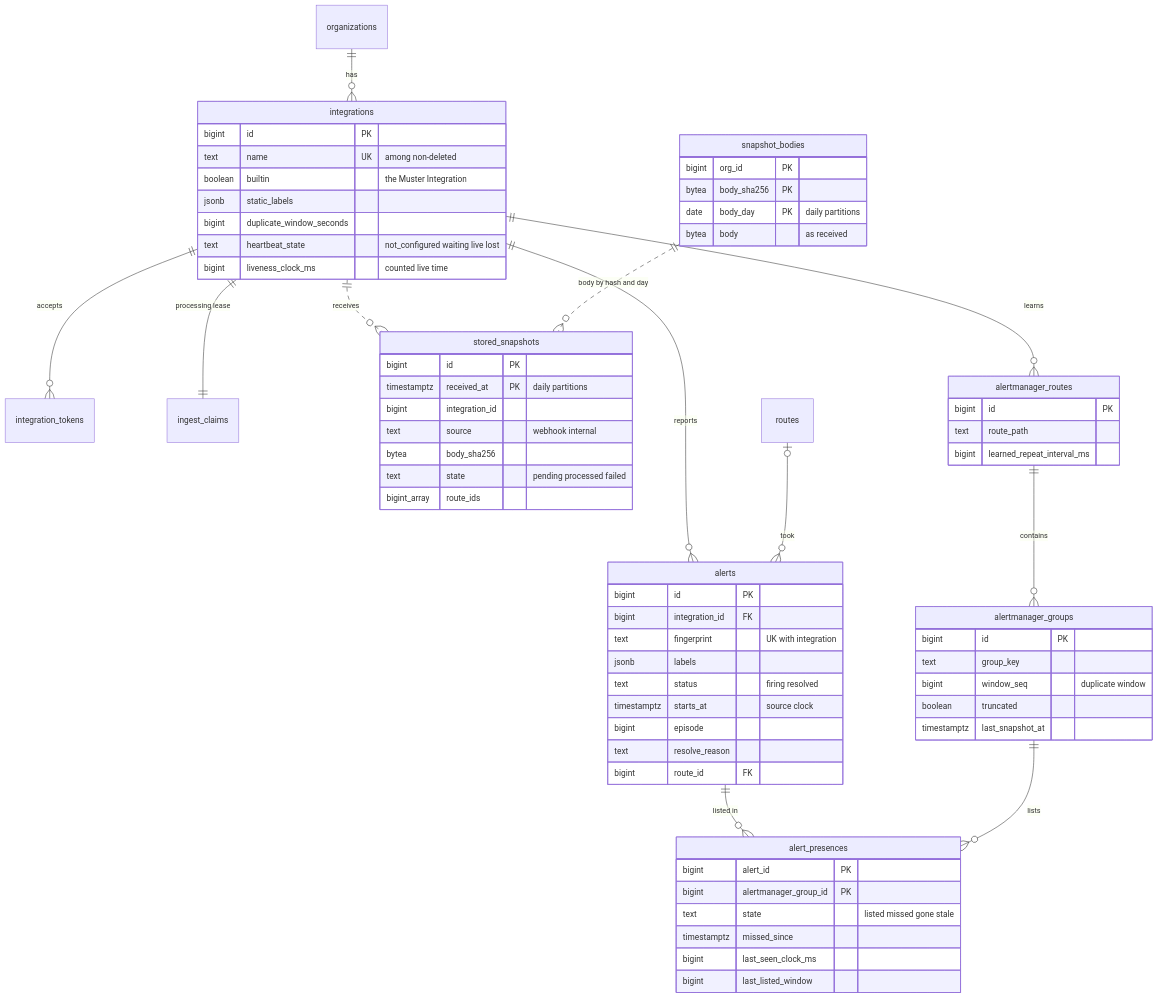
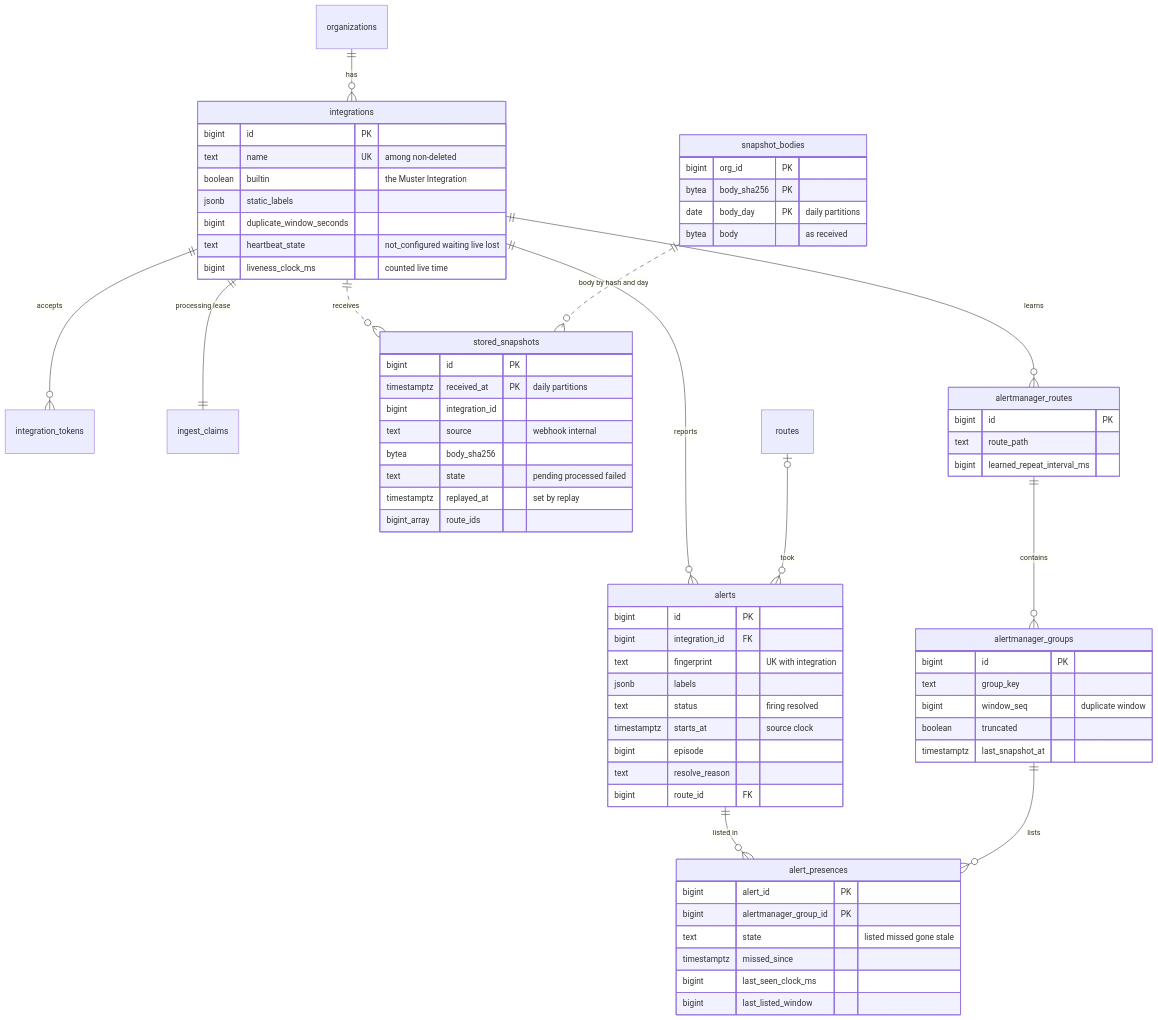
The second of 5 diagrams in design/db/schema.md (muster-io/muster), drawn with Mermaid before and after one commit. The commit also changed other lines of this file and 54 other files, not shown here.

````diff
--- a/design/db/schema.md
+++ b/design/db/schema.md
@@ -220,70 +222,71 @@
 ```mermaid
 erDiagram
     organizations ||--o{ integrations : has
     integrations ||--o{ integration_tokens : accepts
     integrations ||--|| ingest_claims : "processing lease"
     integrations ||..o{ stored_snapshots : receives
     snapshot_bodies ||..o{ stored_snapshots : "body by hash and day"
     integrations ||--o{ alertmanager_routes : learns
     alertmanager_routes ||--o{ alertmanager_groups : contains
     integrations ||--o{ alerts : reports
     alerts ||--o{ alert_presences : "listed in"
     alertmanager_groups ||--o{ alert_presences : lists
     routes |o--o{ alerts : took
 
     integrations {
         bigint id PK
         text name UK "among non-deleted"
         boolean builtin "the Muster Integration"
         jsonb static_labels
         bigint duplicate_window_seconds
         text heartbeat_state "not_configured waiting live lost"
         bigint liveness_clock_ms "counted live time"
     }
     stored_snapshots {
         bigint id PK
         timestamptz received_at PK "daily partitions"
         bigint integration_id
         text source "webhook internal"
         bytea body_sha256
         text state "pending processed failed"
+        timestamptz replayed_at "set by replay"
         bigint_array route_ids
     }
     snapshot_bodies {
         bigint org_id PK
         bytea body_sha256 PK
         date body_day PK "daily partitions"
         bytea body "as received"
     }
     alertmanager_routes {
         bigint id PK
         text route_path
         bigint learned_repeat_interval_ms
     }
     alertmanager_groups {
         bigint id PK
         text group_key
         bigint window_seq "duplicate window"
         boolean truncated
         timestamptz last_snapshot_at
     }
     alerts {
         bigint id PK
         bigint integration_id FK
         text fingerprint "UK with integration"
         jsonb labels
         text status "firing resolved"
         timestamptz starts_at "source clock"
         bigint episode
         text resolve_reason
         bigint route_id FK
     }
     alert_presences {
         bigint alert_id PK
         bigint alertmanager_group_id PK
         text state "listed missed gone stale"
         timestamptz missed_since
         bigint last_seen_clock_ms
         bigint last_listed_window
     }
 ```
````
